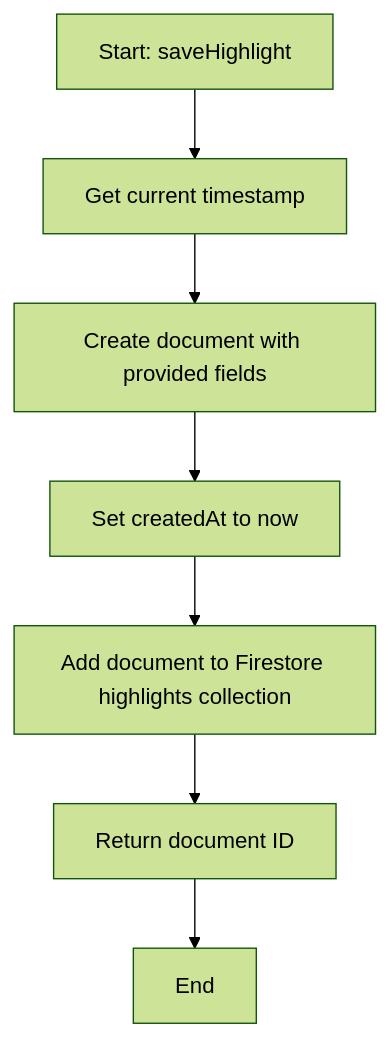
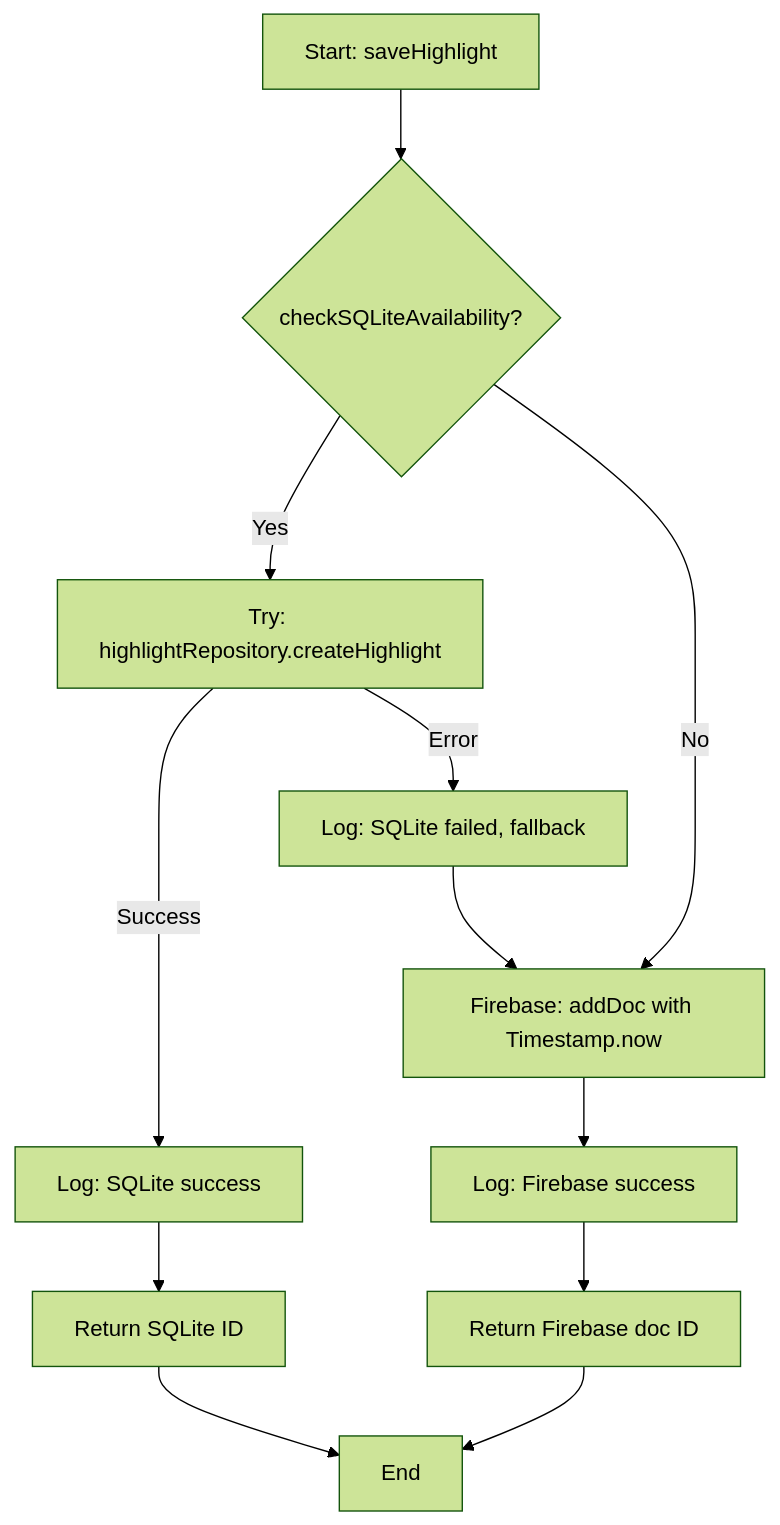
Before and after one commit to CongJie-Pan/TheChamber_Of_RedMansion_FireBaseStudio: the second of 3 diagrams in docs/structure_module_infoMD/Core Service Modules/highlight-service_module_info.md, drawn with Mermaid (forest theme). The commit also changed other lines of this file and 1 other file, not shown here.

First line of the commit message:
docs: update service modules with Phase 2 dual-mode architecture

````diff
--- a/docs/structure_module_infoMD/Core Service Modules/highlight-service_module_info.md
+++ b/docs/structure_module_infoMD/Core Service Modules/highlight-service_module_info.md
@@ -39,9 +64,14 @@
 ```mermaid
 flowchart TD
-    A[Start: saveHighlight] --> B[Get current timestamp];
-    B --> C[Create document with provided fields];
-    C --> D[Set createdAt to now];
-    D --> E[Add document to Firestore highlights collection];
-    E --> F[Return document ID];
-    F --> G[End];
+    A[Start: saveHighlight] --> B{checkSQLiteAvailability?}
+    B -->|Yes| C[Try: highlightRepository.createHighlight]
+    C -->|Success| D[Log: SQLite success]
+    D --> E[Return SQLite ID]
+    C -->|Error| F[Log: SQLite failed, fallback]
+    F --> G[Firebase: addDoc with Timestamp.now]
+    B -->|No| G
+    G --> H[Log: Firebase success]
+    H --> I[Return Firebase doc ID]
+    E --> J[End]
+    I --> J[End]
 ```
````
